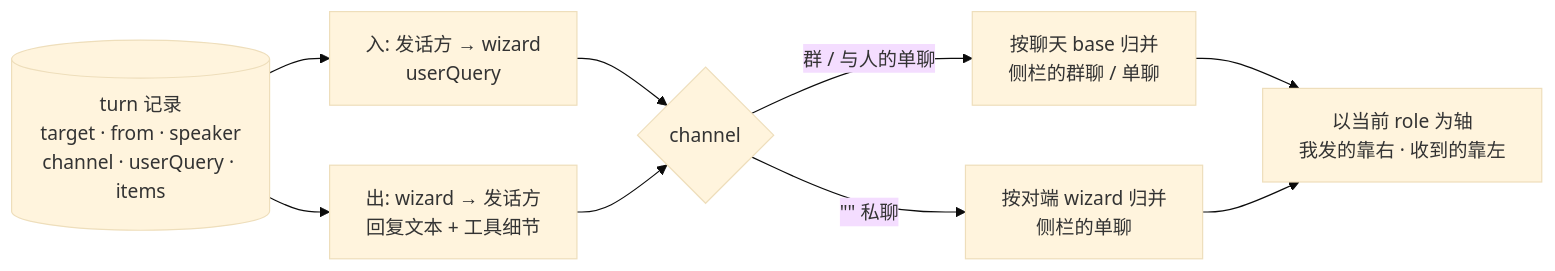
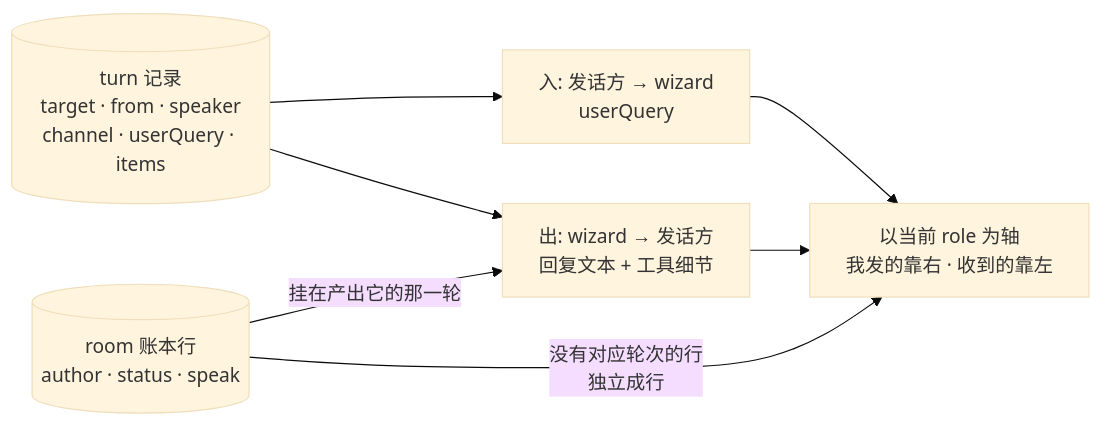
Before and after one commit to guxi11/wezard: diagram 12 of 13 in 技术说明.md, drawn with Mermaid (base theme). The commit also changed other lines of this file and 3 other files, not shown here.

````diff
--- a/技术说明.md
+++ b/技术说明.md
@@ -508,11 +460,9 @@
 ```mermaid
 flowchart LR
     turn[("turn 记录<br/>target · from · speaker<br/>channel · userQuery · items")] --> inm["入: 发话方 → wizard<br/>userQuery"]
     turn --> outm["出: wizard → 发话方<br/>回复文本 + 工具细节"]
-    inm --> conv{"channel"}
-    outm --> conv
-    conv -- "群 / 与人的单聊" --> pubc["按聊天 base 归并<br/>侧栏的群聊 / 单聊"]
-    conv -- "&quot;&quot; 私聊" --> privc["按对端 wizard 归并<br/>侧栏的单聊"]
-    pubc --> view["以当前 role 为轴<br/>我发的靠右 · 收到的靠左"]
-    privc --> view
+    ledger[("room 账本行<br/>author · status · speak")] -- "挂在产出它的那一轮" --> outm
+    inm --> view["以当前 role 为轴<br/>我发的靠右 · 收到的靠左"]
+    outm --> view
+    ledger -- "没有对应轮次的行<br/>独立成行" --> view
 ```
````
